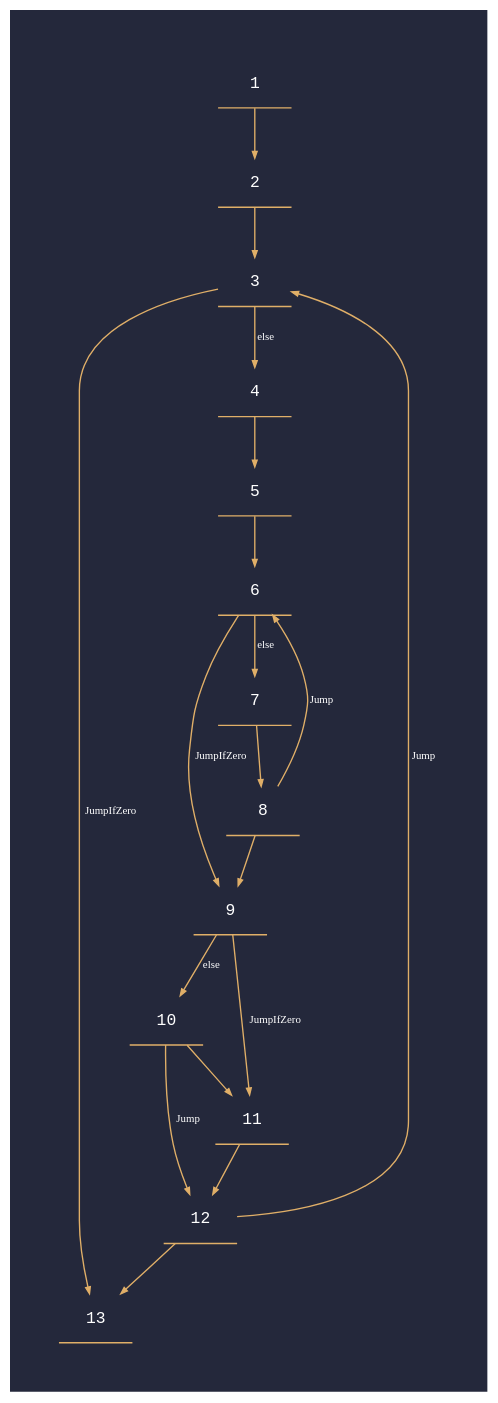
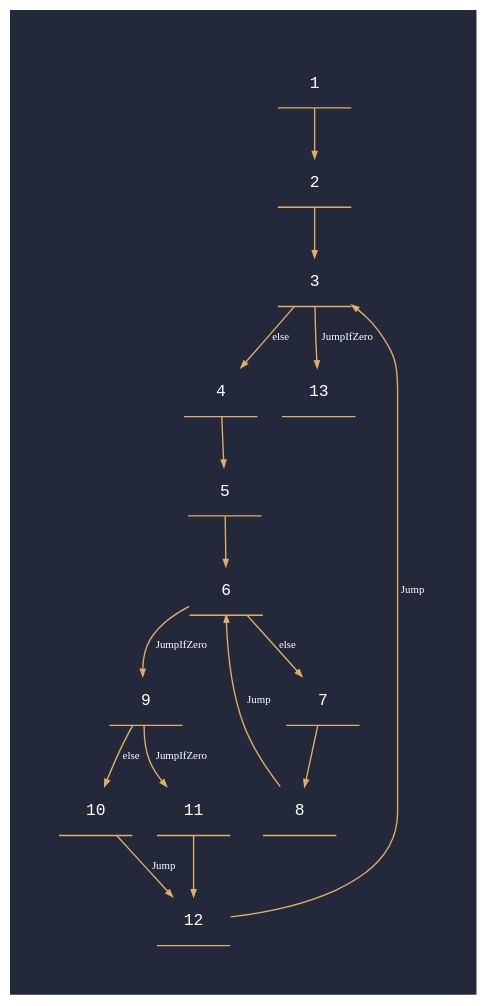
Before and after one commit to jorgeypcb/ImpCodeGenerator: the diagram in programs/dot-files/collatz.cfg.dot, drawn with Graphviz. The commit also changed 6 other files, not shown here.

```diff
--- a/programs/dot-files/collatz.cfg.dot
+++ b/programs/dot-files/collatz.cfg.dot
@@ -1,35 +1,32 @@
 digraph "collatz.cfg" {
 	graph [bgcolor="#24283B" pad=0.5]
 	node [color="#E0AF68" fontcolor="#ffffff" fontname="Hack, monospace" fontsize=12 shape=underline]
 	edge [arrowsize=0.5 color="#E0AF68" fontcolor="#ffffff" fontsize=8]
 	1
 	2
 	3
 	4
 	5
 	6
 	7
 	8
 	9
 	10
 	11
 	12
 	1 -> 2 [label=""]
 	2 -> 3 [label=""]
 	3 -> 4 [label=else]
 	3 -> 13 [label=JumpIfZero]
 	4 -> 5 [label=""]
 	5 -> 6 [label=""]
 	6 -> 7 [label=else]
 	6 -> 9 [label=JumpIfZero]
 	7 -> 8 [label=""]
 	8 -> 6 [label=Jump]
-	8 -> 9 [label=""]
 	9 -> 10 [label=else]
 	9 -> 11 [label=JumpIfZero]
 	10 -> 12 [label=Jump]
-	10 -> 11 [label=""]
 	11 -> 12 [label=""]
 	12 -> 3 [label=Jump]
-	12 -> 13 [label=""]
 }
```
